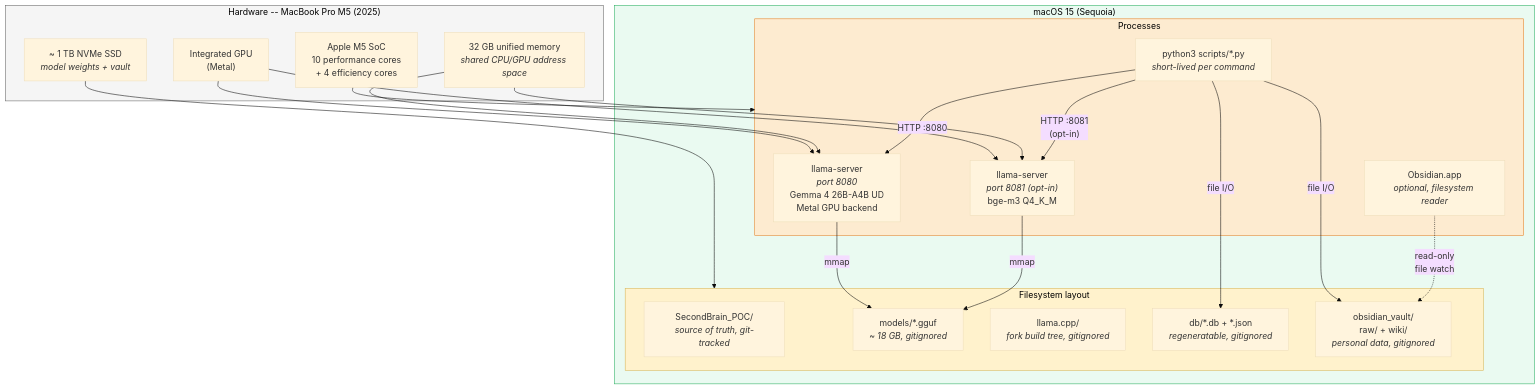
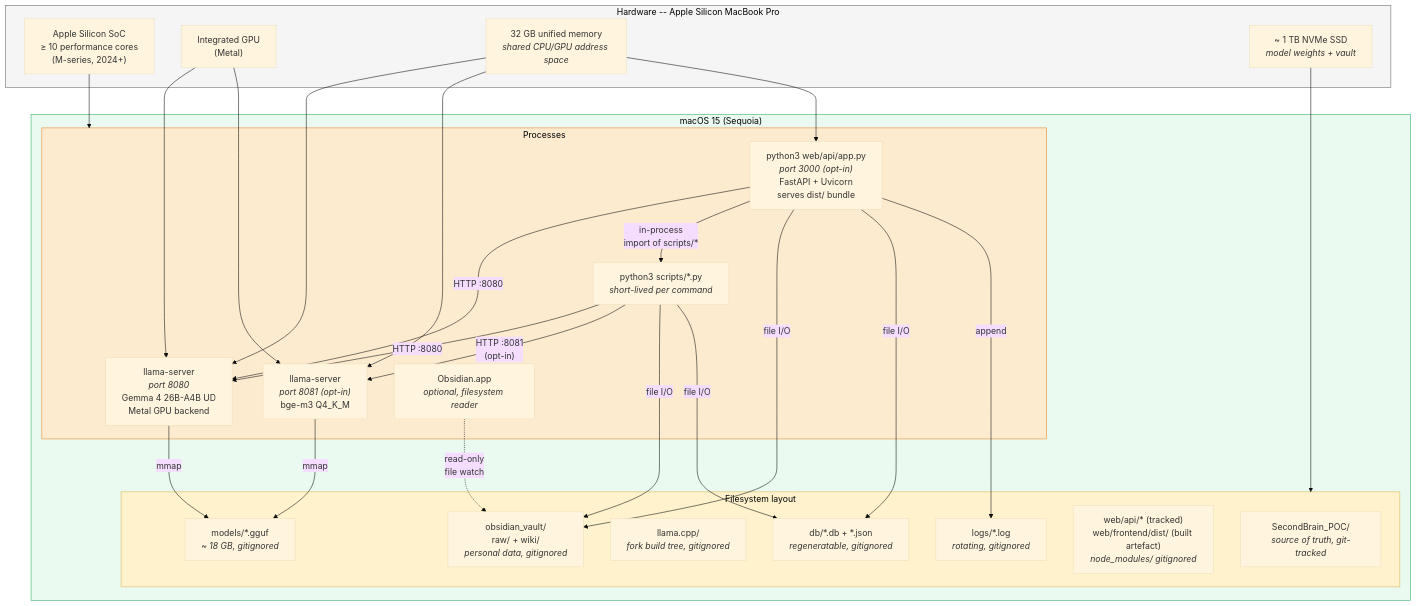
One commit to DimitrisLianos/LLM_Wiki_SecondBrain changed the first of 3 diagrams in docs/arc42/07-deployment-view.md. Above: the diagram before and after it, drawn with Mermaid (base theme). The commit also changed other lines of this file and 83 other files, not shown here.

````diff
--- a/docs/arc42/07-deployment-view.md
+++ b/docs/arc42/07-deployment-view.md
@@ -11,46 +11,55 @@
 ```mermaid
 graph TB
- subgraph HW ["Hardware -- MacBook Pro M5 (2025)"]
- cpu["Apple M5 SoC<br/>10 performance cores<br/>+ 4 efficiency cores"]
+ subgraph HW ["Hardware -- Apple Silicon MacBook Pro"]
+ cpu["Apple Silicon SoC<br/>≥ 10 performance cores<br/>(M-series, 2024+)"]
  gpu["Integrated GPU<br/>(Metal)"]
  ram["32 GB unified memory<br/><i>shared CPU/GPU address space</i>"]
  ssd["~ 1 TB NVMe SSD<br/><i>model weights + vault</i>"]
  end
 
  subgraph OS ["macOS 15 (Sequoia)"]
  subgraph PROC ["Processes"]
  llama["llama-server<br/><i>port 8080</i><br/>Gemma 4 26B-A4B UD<br/>Metal GPU backend"]
  embed["llama-server<br/><i>port 8081 (opt-in)</i><br/>bge-m3 Q4_K_M"]
  py["python3 scripts/*.py<br/><i>short-lived per command</i>"]
+ web_proc["python3 web/api/app.py<br/><i>port 3000 (opt-in)</i><br/>FastAPI + Uvicorn<br/>serves dist/ bundle"]
  obs["Obsidian.app<br/><i>optional, filesystem reader</i>"]
  end
 
  subgraph FS ["Filesystem layout"]
  repo["SecondBrain_POC/<br/><i>source of truth, git-tracked</i>"]
  models_d["models/*.gguf<br/><i>~ 18 GB, gitignored</i>"]
  llcpp["llama.cpp/<br/><i>fork build tree, gitignored</i>"]
  db_d["db/*.db + *.json<br/><i>regeneratable, gitignored</i>"]
  vault["obsidian_vault/<br/>raw/ + wiki/<br/><i>personal data, gitignored</i>"]
+ webfs["web/api/* (tracked)<br/>web/frontend/dist/ (built artefact)<br/><i>node_modules/ gitignored</i>"]
+ logs_d["logs/*.log<br/><i>rotating, gitignored</i>"]
  end
  end
 
  cpu --> PROC
  gpu --> llama
  gpu --> embed
  ram --> llama
  ram --> embed
+ ram --> web_proc
  ssd --> FS
 
  py -- "HTTP :8080" --> llama
  py -- "HTTP :8081<br/>(opt-in)" --> embed
  py -- "file I/O" --> vault
  py -- "file I/O" --> db_d
+ web_proc -- "HTTP :8080" --> llama
+ web_proc -- "in-process<br/>import of scripts/*" --> py
+ web_proc -- "file I/O" --> vault
+ web_proc -- "file I/O" --> db_d
+ web_proc -- "append" --> logs_d
  obs -. "read-only<br/>file watch" .-> vault
  llama -- "mmap" --> models_d
  embed -- "mmap" --> models_d
 
  style HW fill:#f5f5f5,stroke:#666,color:#000
  style OS fill:#eafaf1,stroke:#27ae60,color:#000
  style PROC fill:#fdebd0,stroke:#e67e22,color:#000
  style FS fill:#fff2cc,stroke:#d6b656,color:#000
 ```
````
